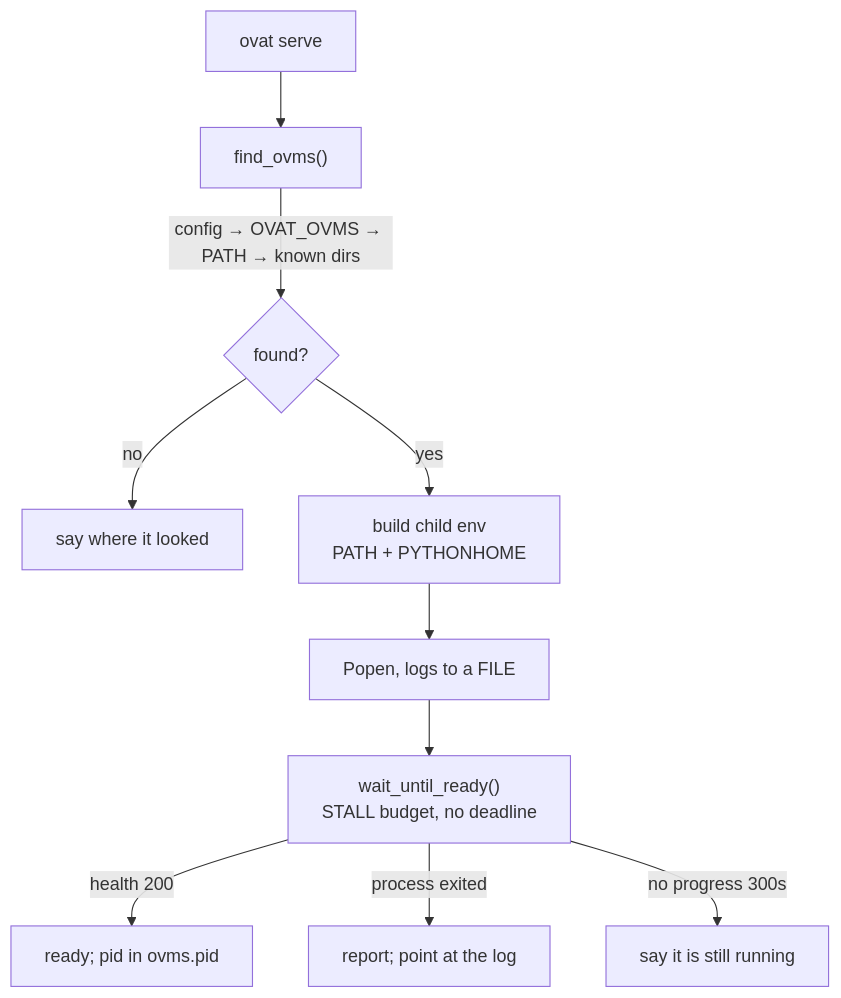
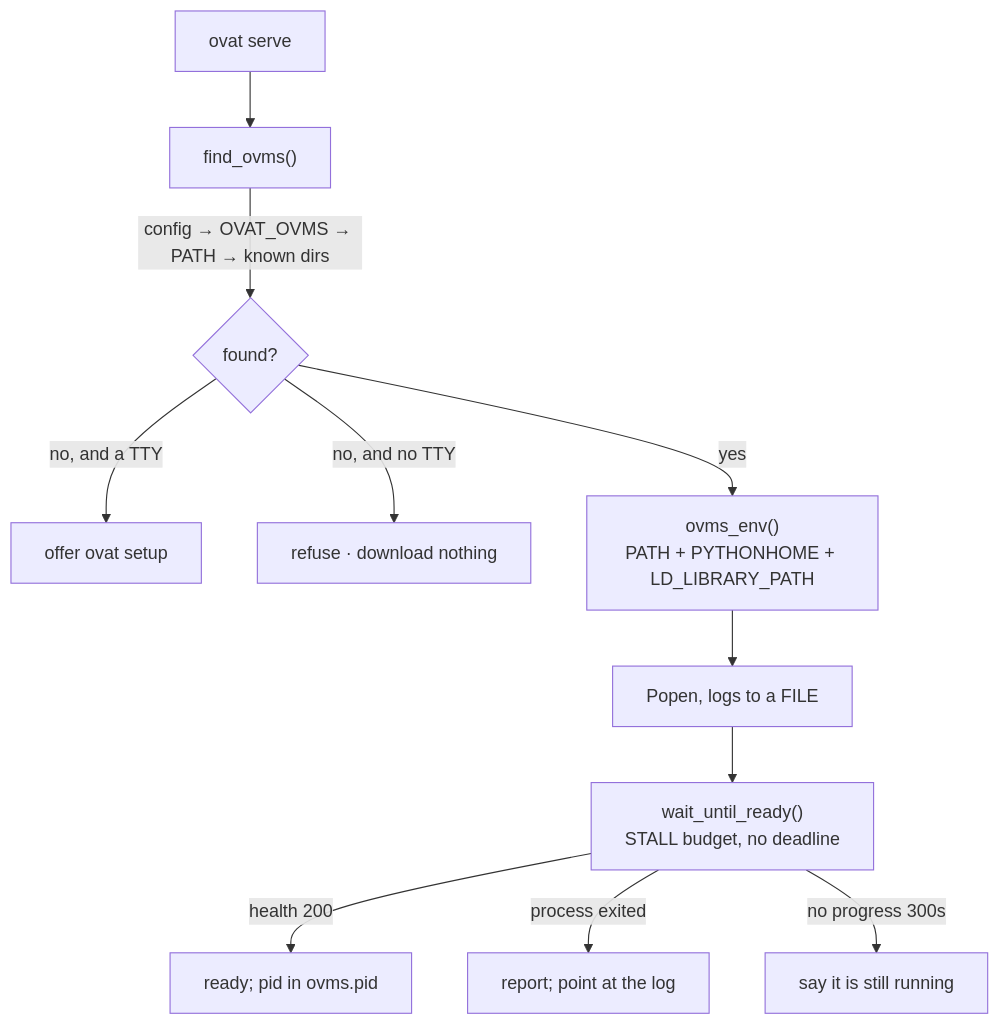
One commit to Lagmator22/ovat changed the seventh of 11 diagrams in docs/ARCHITECTURE.md. Above: the diagram before and after it, drawn with Mermaid. The commit also changed other lines of this file and 5 other files, not shown here.

````diff
--- a/docs/ARCHITECTURE.md
+++ b/docs/ARCHITECTURE.md
@@ -408,12 +451,13 @@
 ```mermaid
 flowchart TD
     Serve["ovat serve"] --> Locate["find_ovms()"]
     Locate -->|"config → OVAT_OVMS → PATH → known dirs"| Found{"found?"}
-    Found -->|"no"| Hint["say where it looked"]
-    Found -->|"yes"| Env["build child env<br/>PATH + PYTHONHOME"]
+    Found -->|"no, and a TTY"| Offer["offer ovat setup"]
+    Found -->|"no, and no TTY"| Refuse["refuse · download nothing"]
+    Found -->|"yes"| Env["ovms_env()<br/>PATH + PYTHONHOME + LD_LIBRARY_PATH"]
     Env --> Spawn["Popen, logs to a FILE"]
     Spawn --> Wait["wait_until_ready()<br/>STALL budget, no deadline"]
     Wait -->|"health 200"| Ready["ready; pid in ovms.pid"]
     Wait -->|"process exited"| Dead["report; point at the log"]
     Wait -->|"no progress 300s"| Stall["say it is still running"]
 ```
````
